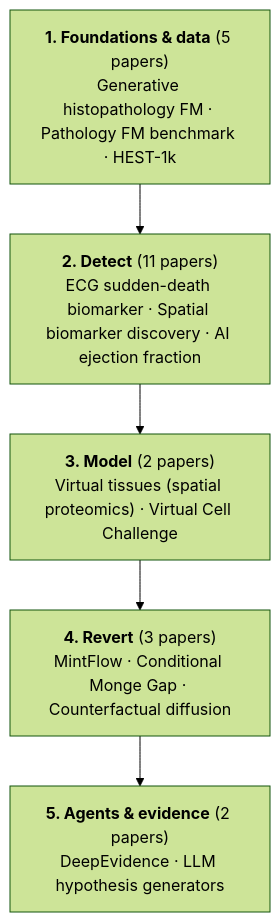
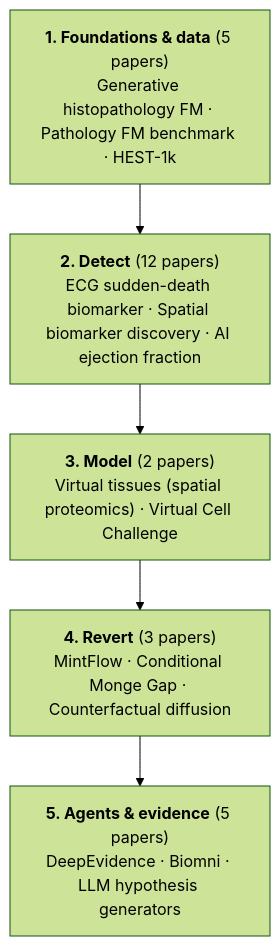
The diagram in _maps/Sikander's picks.md (jasonjin34/Medical_reading_material), drawn with Mermaid (forest theme) before and after one commit. The commit also changed other lines of this file and 259 other files, not shown here.

First line of the commit message:
reading list: Sikander's 32 papers — rewritten deep-reads, reading page

````diff
--- a/_maps/Sikander's picks.md
+++ b/_maps/Sikander's picks.md
@@ -15,17 +15,17 @@
 ```mermaid
 flowchart TD
   s1["`**1. Foundations & data** (5 papers)
 Generative histopathology FM · Pathology FM benchmark · HEST-1k`"]
-  s2["`**2. Detect** (11 papers)
+  s2["`**2. Detect** (12 papers)
 ECG sudden-death biomarker · Spatial biomarker discovery · AI ejection fraction`"]
   s3["`**3. Model** (2 papers)
 Virtual tissues (spatial proteomics) · Virtual Cell Challenge`"]
   s4["`**4. Revert** (3 papers)
 MintFlow · Conditional Monge Gap · Counterfactual diffusion`"]
-  s5["`**5. Agents & evidence** (2 papers)
-DeepEvidence · LLM hypothesis generators`"]
+  s5["`**5. Agents & evidence** (5 papers)
+DeepEvidence · Biomni · LLM hypothesis generators`"]
   s1 --> s2
   s2 --> s3
   s3 --> s4
   s4 --> s5
 ```
````
